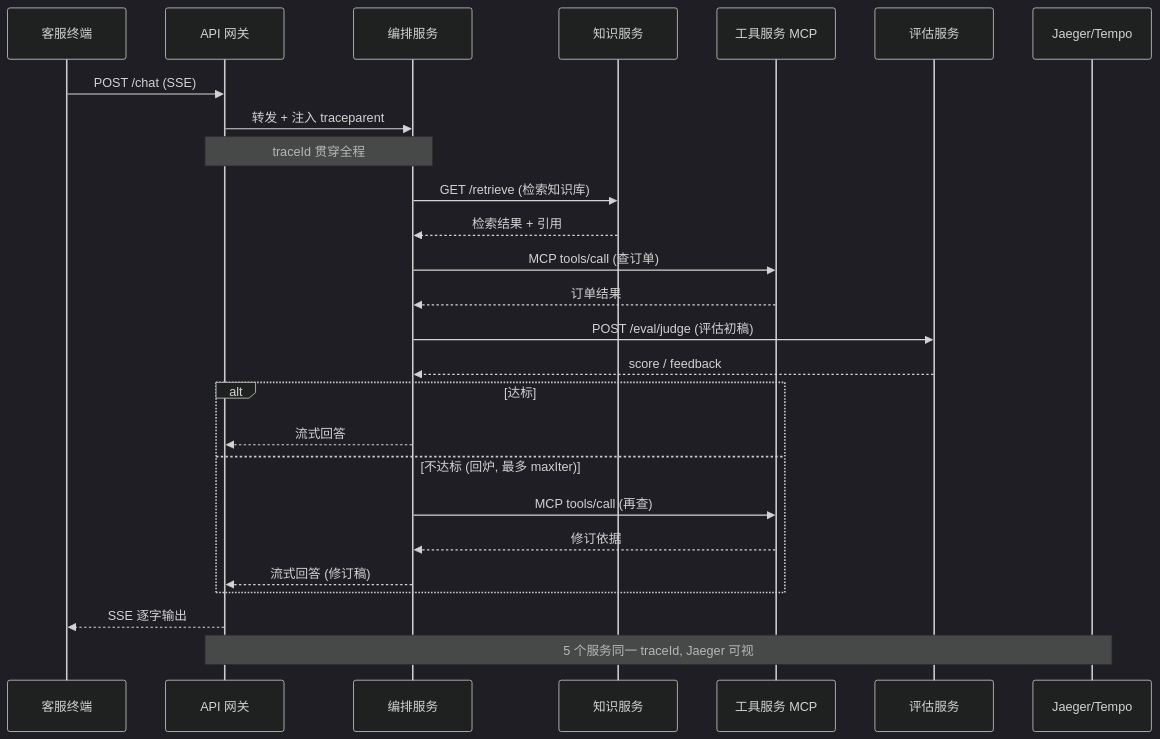
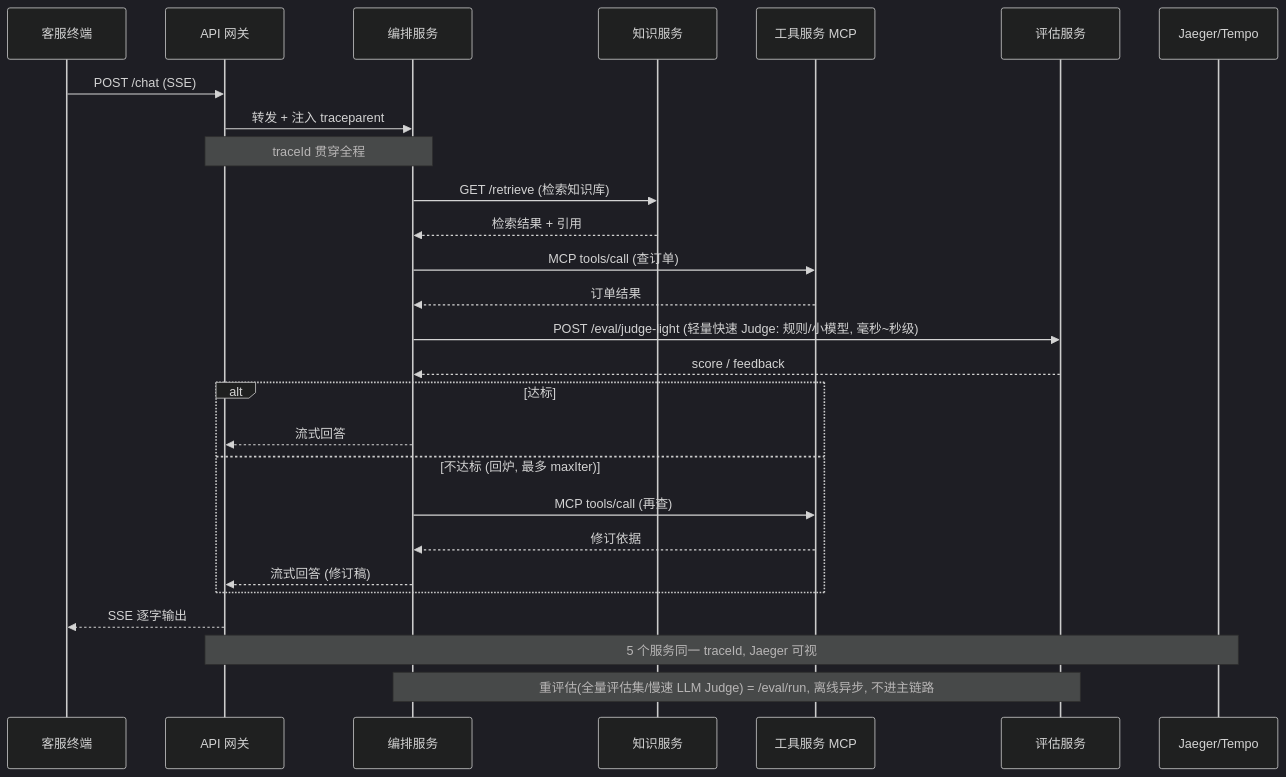
Before and after one commit to UranusGit/java-agent-learn: the second of 3 diagrams in docs/项目-客服Agent平台/05-阶段3-服务化拆分.md, drawn with Mermaid (dark theme). The commit also changed other lines of this file and 19 other files, not shown here.

````diff
--- a/docs/项目-客服Agent平台/05-阶段3-服务化拆分.md
+++ b/docs/项目-客服Agent平台/05-阶段3-服务化拆分.md
@@ -128,29 +128,30 @@
 ```mermaid
 sequenceDiagram
     participant user as 客服终端
     participant gw as API 网关
     participant orc as 编排服务
     participant kn as 知识服务
     participant mcp as 工具服务 MCP
     participant ev as 评估服务
     participant tr as Jaeger/Tempo
 
     user->>gw: POST /chat (SSE)
     gw->>orc: 转发 + 注入 traceparent
     Note over gw,orc: traceId 贯穿全程
     orc->>kn: GET /retrieve (检索知识库)
     kn-->>orc: 检索结果 + 引用
     orc->>mcp: MCP tools/call (查订单)
     mcp-->>orc: 订单结果
-    orc->>ev: POST /eval/judge (评估初稿)
+    orc->>ev: POST /eval/judge-light (轻量快速 Judge: 规则/小模型, 毫秒~秒级)
     ev-->>orc: score / feedback
     alt 达标
         orc-->>gw: 流式回答
     else 不达标 (回炉, 最多 maxIter)
         orc->>mcp: MCP tools/call (再查)
         mcp-->>orc: 修订依据
         orc-->>gw: 流式回答 (修订稿)
     end
     gw-->>user: SSE 逐字输出
     Note over gw,tr: 5 个服务同一 traceId, Jaeger 可视
+    Note over orc,ev: 重评估(全量评估集/慢速 LLM Judge) = /eval/run, 离线异步, 不进主链路
 ```
````
